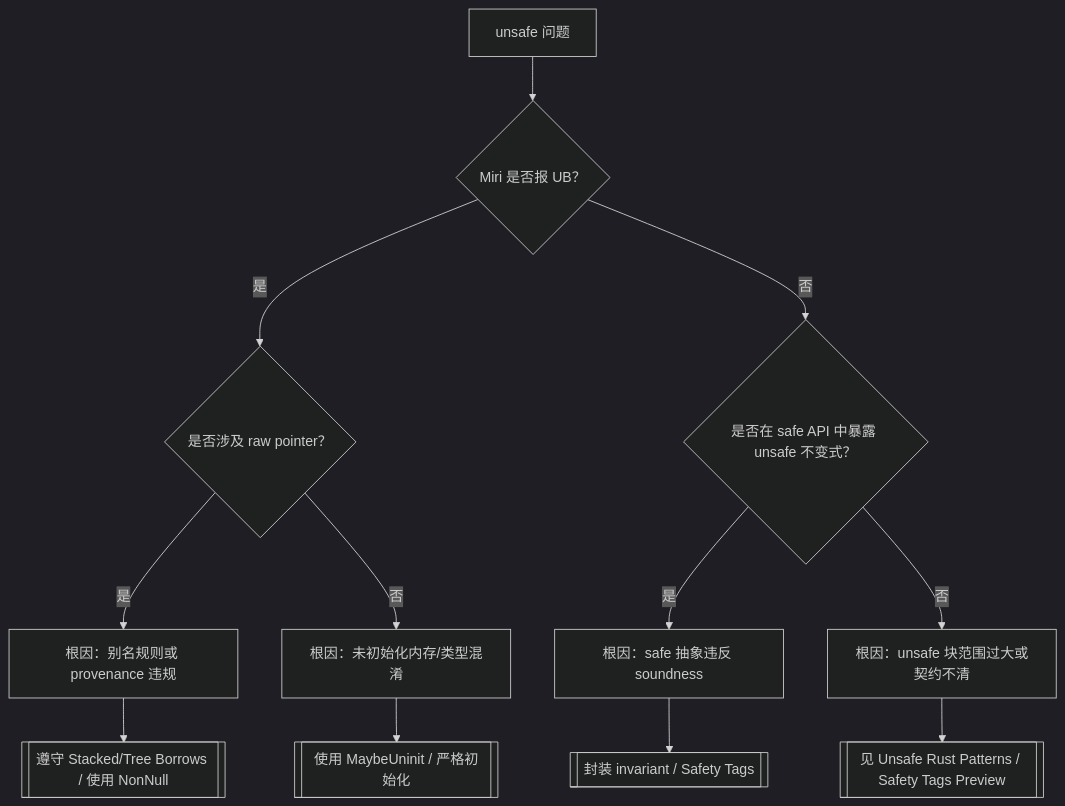
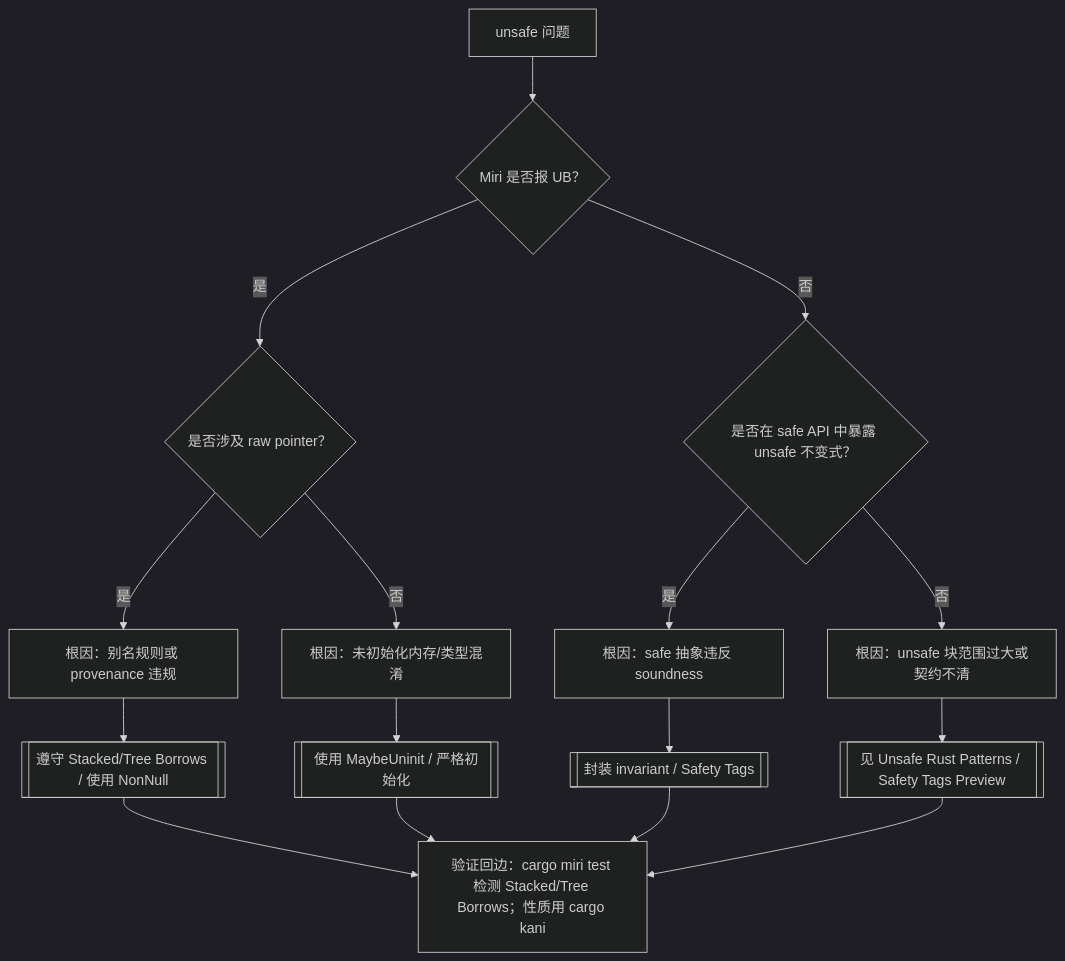
Before and after one commit to martin-ly/rust-lang: the fifth of 6 diagrams in concept/00_meta/knowledge_topology/09_reasoning_judgment_tree_atlas.md, drawn with Mermaid (dark theme). The commit also changed other lines of this file and 100 other files, not shown here.

````diff
--- a/concept/00_meta/knowledge_topology/09_reasoning_judgment_tree_atlas.md
+++ b/concept/00_meta/knowledge_topology/09_reasoning_judgment_tree_atlas.md
@@ -108,14 +130,18 @@
 ```mermaid
 flowchart TD
     U[unsafe 问题] --> Q1{Miri 是否报 UB？}
     Q1 -->|是| Q2{是否涉及 raw pointer？}
     Q2 -->|是| R1[根因：别名规则或 provenance 违规]
     Q2 -->|否| R2[根因：未初始化内存/类型混淆]
     Q1 -->|否| Q3{是否在 safe API 中暴露 unsafe 不变式？}
     Q3 -->|是| R3[根因：safe 抽象违反 soundness]
     Q3 -->|否| R4[根因：unsafe 块范围过大或契约不清]
     R1 --> F1[[遵守 Stacked/Tree Borrows / 使用 NonNull]]
     R2 --> F2[[使用 MaybeUninit / 严格初始化]]
     R3 --> F3[[封装 invariant / Safety Tags]]
     R4 --> F4[[见 Unsafe Rust Patterns / Safety Tags Preview]]
+    F1 --> V5[验证回边：cargo miri test 检测 Stacked/Tree Borrows；性质用 cargo kani]
+    F2 --> V5
+    F3 --> V5
+    F4 --> V5
 ```
````
